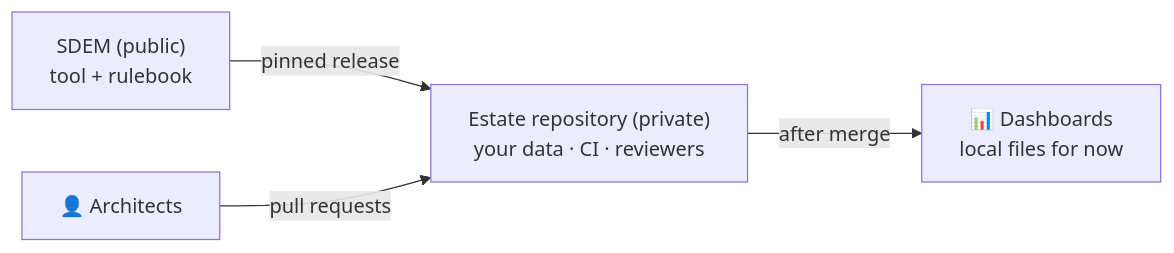
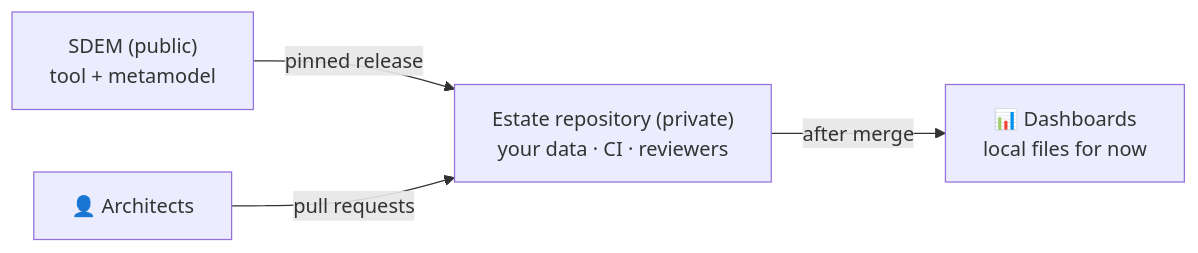
One commit to taumoeps/bian-sdem-framework changed the ninth of 9 diagrams in README.md. Above: the diagram before and after it, drawn with Mermaid. The commit also changed other lines of this file and 71 other files, not shown here.

Commit message:
One name: metamodel — "rulebook" removed from documents, messages, help and code comments; files renamed (docs/sdem-metamodel-guide.md, docs/design/sdem-metamodel-versioning.md, tests/test_engine_metamodel.py); no data, command or option changes; historical records keep their original words

````diff
--- a/README.md
+++ b/README.md
@@ -312,6 +312,6 @@
 ```mermaid
 flowchart LR
-    S["SDEM (public)<br/>tool + rulebook"] -- "pinned release" --> E["Estate repository (private)<br/>your data · CI · reviewers"]
+    S["SDEM (public)<br/>tool + metamodel"] -- "pinned release" --> E["Estate repository (private)<br/>your data · CI · reviewers"]
     A["👤 Architects"] -- "pull requests" --> E
     E -- "after merge" --> D["📊 Dashboards<br/>local files for now"]
 ```
````
